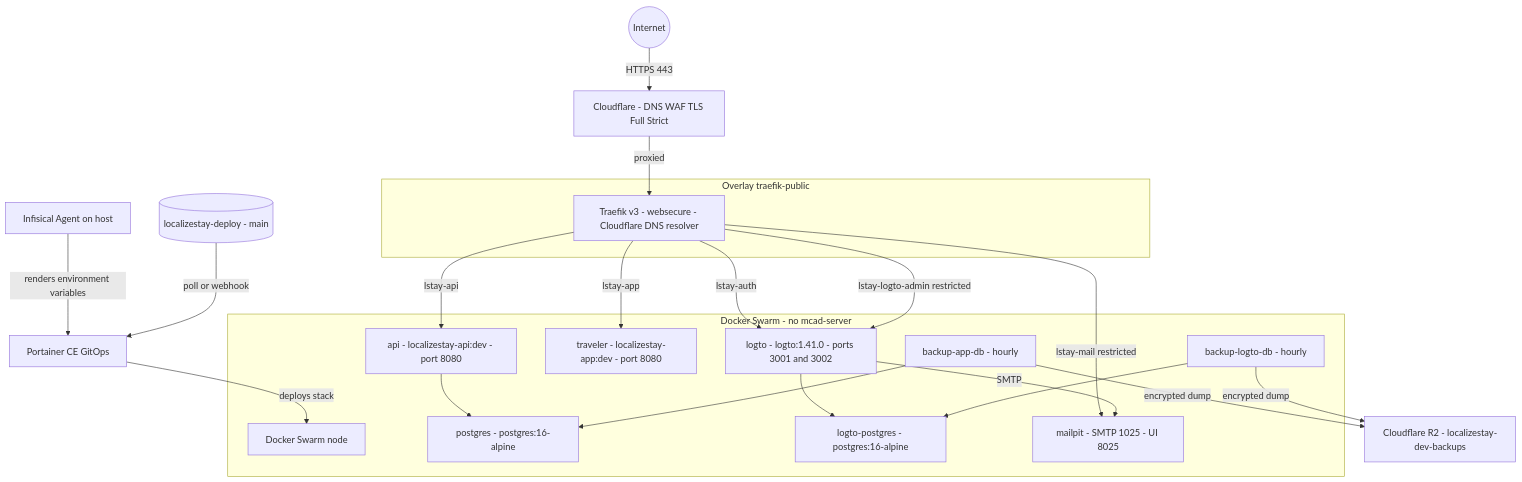
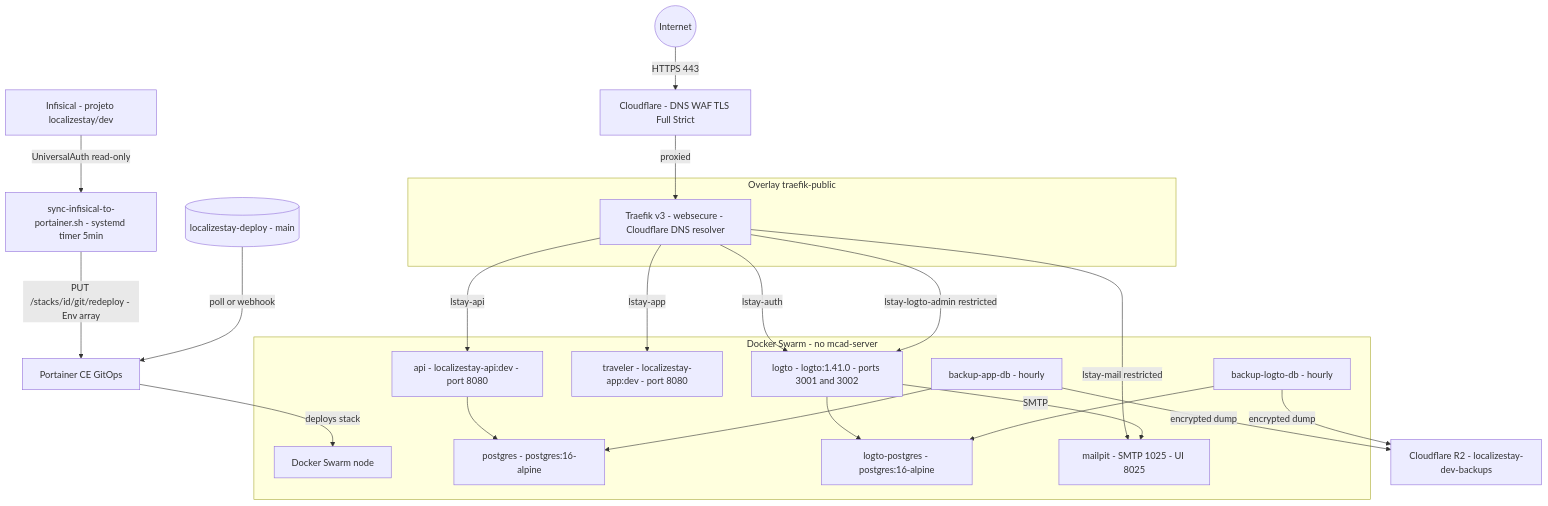
The diagram in README.md (tassosgomes/localizestay-deploy), drawn with Mermaid before and after one commit. The commit also changed other lines of this file, not shown here.

First line of the commit message:
Atualiza checklist de pendências: secrets sync, seed LogTo e ipAllowList concluídos

````diff
--- a/README.md
+++ b/README.md
@@ -15,41 +15,42 @@
 ```mermaid
 graph TB
     Internet((Internet)) -->|HTTPS 443| CF["Cloudflare - DNS WAF TLS Full Strict"]
     CF -->|proxied| Traefik["Traefik v3 - websecure - Cloudflare DNS resolver"]
 
     subgraph PUBLIC [Overlay traefik-public]
         Traefik
     end
 
     subgraph SWARM_AREA [Docker Swarm - no mcad-server]
         SwarmNode["Docker Swarm node"]
         API["api - localizestay-api:dev - port 8080"]
         TRAV["traveler - localizestay-app:dev - port 8080"]
         PG["postgres - postgres:16-alpine"]
         LOGTO["logto - logto:1.41.0 - ports 3001 and 3002"]
         LOGTOPG["logto-postgres - postgres:16-alpine"]
         MAIL["mailpit - SMTP 1025 - UI 8025"]
         BKAPP["backup-app-db - hourly"]
         BKLOGTO["backup-logto-db - hourly"]
     end
 
     R2["Cloudflare R2 - localizestay-dev-backups"]
 
     Traefik -->|lstay-api| API
     Traefik -->|lstay-app| TRAV
     Traefik -->|lstay-auth| LOGTO
     Traefik -->|lstay-logto-admin restricted| LOGTO
     Traefik -->|lstay-mail restricted| MAIL
 
     API --> PG
     LOGTO --> LOGTOPG
     LOGTO -->|SMTP| MAIL
     BKAPP --> PG
     BKLOGTO --> LOGTOPG
     BKAPP -->|encrypted dump| R2
     BKLOGTO -->|encrypted dump| R2
 
-    IA["Infisical Agent on host"] -->|renders environment variables| Portainer["Portainer CE GitOps"]
+    IA["Infisical - projeto localizestay/dev"] -->|"UniversalAuth read-only"| SYNC["sync-infisical-to-portainer.sh - systemd timer 5min"]
+    SYNC -->|"PUT /stacks/id/git/redeploy - Env array"| Portainer["Portainer CE GitOps"]
     Portainer -->|deploys stack| SwarmNode
     Git[("localizestay-deploy - main")] -->|poll or webhook| Portainer
 ```
````
